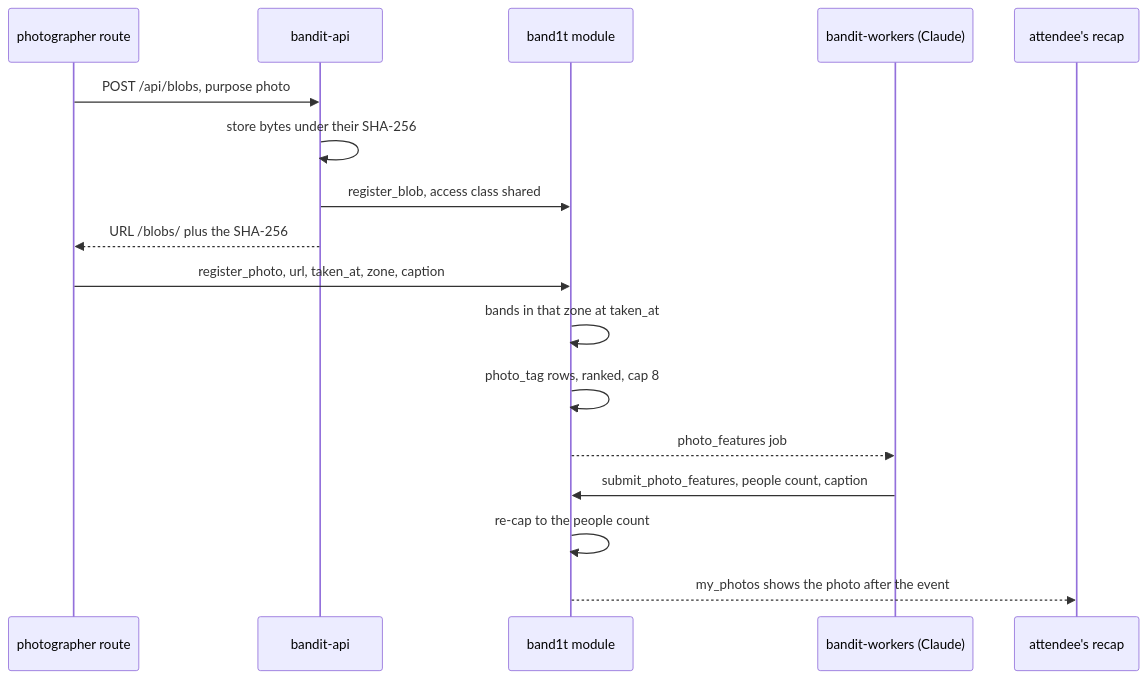
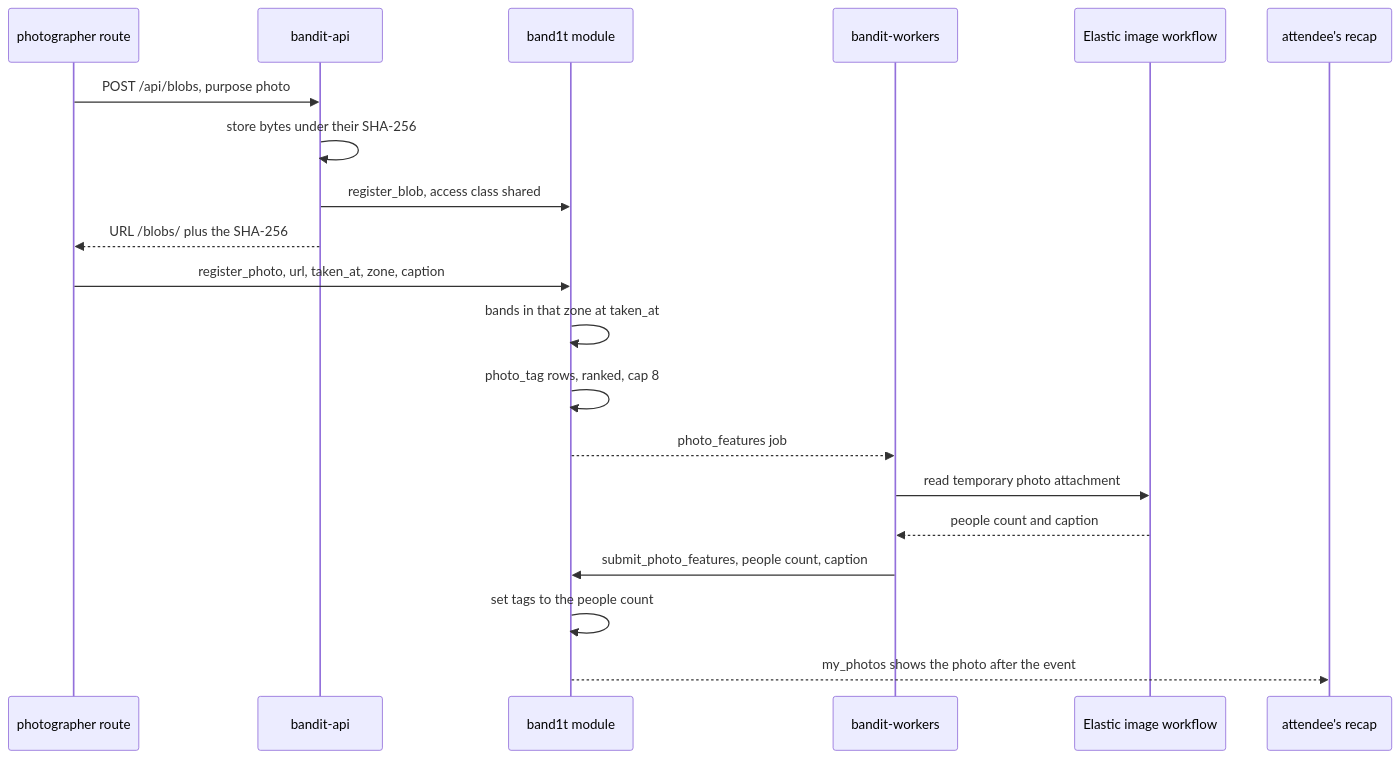
The third of 3 diagrams in System Design/6-features/Social.md (viktorinkov/cal-hacks-13), drawn with Mermaid before and after one commit. The commit also changed other lines of this file, not shown here.

Commit message:
describe photo reading through Elastic workflows

````diff
--- a/System Design/6-features/Social.md
+++ b/System Design/6-features/Social.md
@@ -237,19 +237,22 @@
 ```mermaid
 sequenceDiagram
     participant PH as photographer route
     participant API as bandit-api
     participant M as band1t module
-    participant V as bandit-workers (Claude)
+    participant V as bandit-workers
+    participant E as Elastic image workflow
     participant AT as attendee's recap
     PH->>API: POST /api/blobs, purpose photo
     API->>API: store bytes under their SHA-256
     API->>M: register_blob, access class shared
     API-->>PH: URL /blobs/ plus the SHA-256
     PH->>M: register_photo, url, taken_at, zone, caption
     M->>M: bands in that zone at taken_at
     M->>M: photo_tag rows, ranked, cap 8
     M-->>V: photo_features job
+    V->>E: read temporary photo attachment
+    E-->>V: people count and caption
     V->>M: submit_photo_features, people count, caption
-    M->>M: re-cap to the people count
+    M->>M: set tags to the people count
     M-->>AT: my_photos shows the photo after the event
 ```
````
